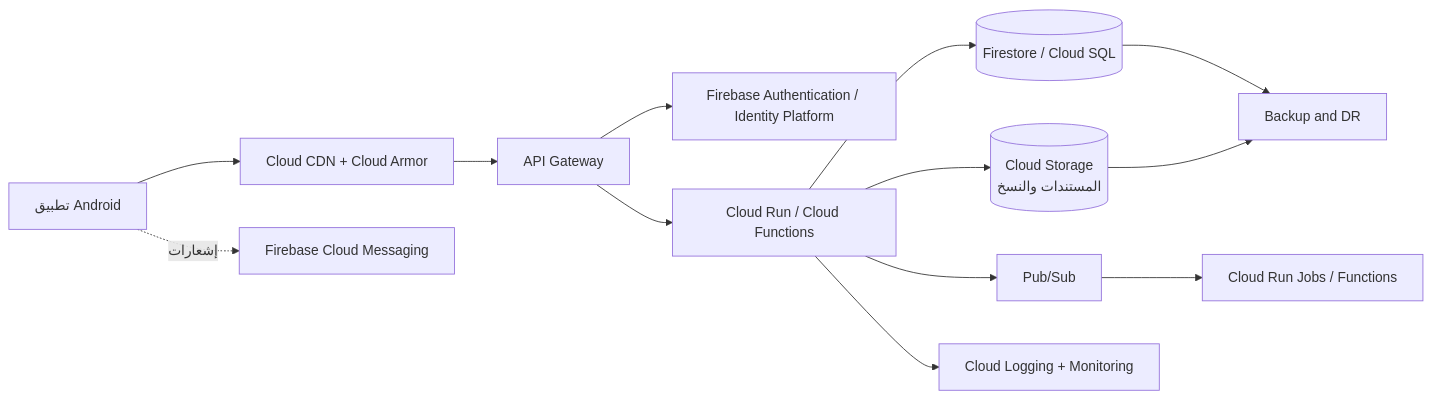
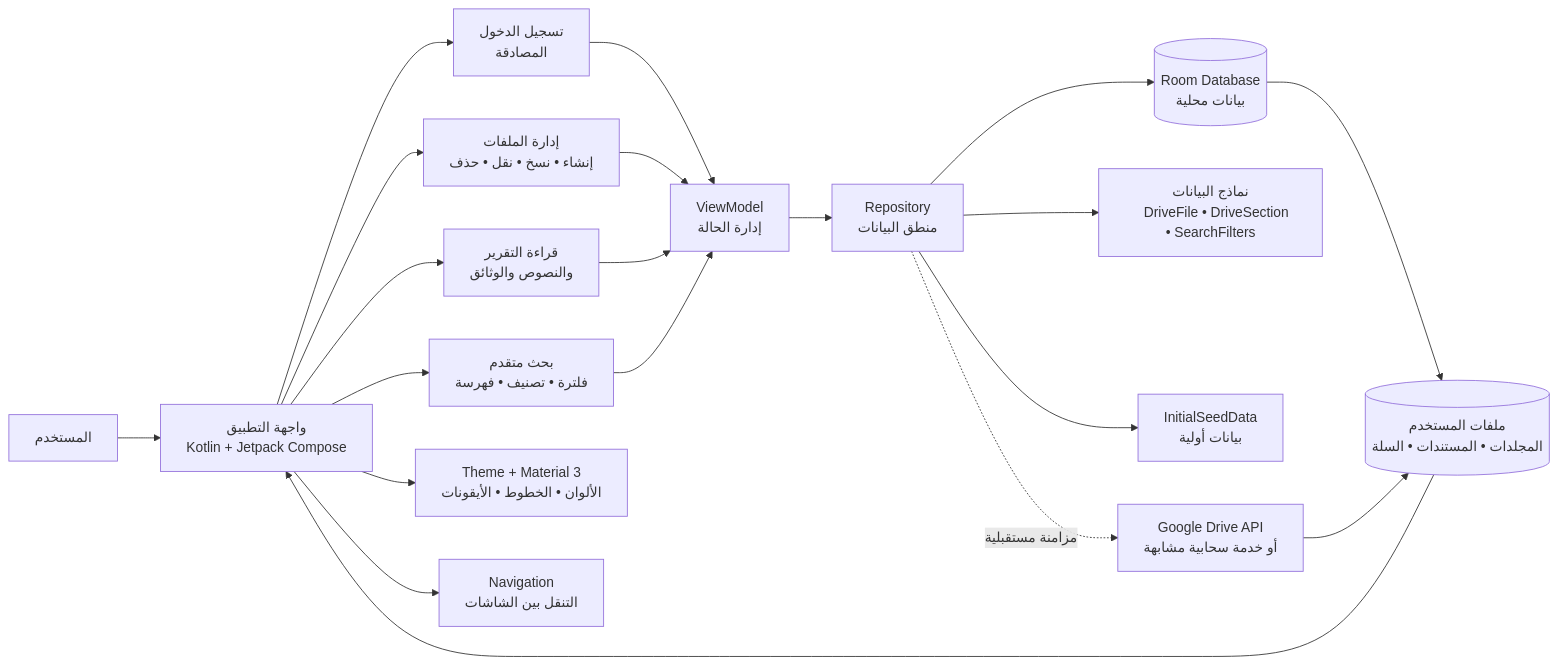
Before and after one commit to Alnizamdmh/Nizamdmh10: the diagram in docs/architecture-overview.md, drawn with Mermaid. The commit also changed other lines of this file, not shown here.

Commit message:
docs: add user-data architecture diagram focused on app interface and data flow

````diff
--- a/docs/architecture-overview.md
+++ b/docs/architecture-overview.md
@@ -77,15 +3,43 @@
 ```mermaid
 flowchart LR
-    App[تطبيق Android] --> CDN[Cloud CDN + Cloud Armor]
-    CDN --> Gateway[API Gateway]
-    Gateway --> Auth[Firebase Authentication / Identity Platform]
-    Gateway --> Compute[Cloud Run / Cloud Functions]
-    Compute --> DB[(Firestore / Cloud SQL)]
-    Compute --> Storage[(Cloud Storage<br/>المستندات والنسخ)]
-    Compute --> PubSub[Pub/Sub]
-    PubSub --> Worker[Cloud Run Jobs / Functions]
-    App -. إشعارات .-> FCM[Firebase Cloud Messaging]
-    Compute --> Observe[Cloud Logging + Monitoring]
-    DB --> Backup[Backup and DR]
-    Storage --> Backup
+    U[المستخدم] --> UI[واجهة التطبيق
+    Kotlin + Jetpack Compose]
+
+    UI --> Auth[تسجيل الدخول
+    المصادقة]
+    UI --> FileOps[إدارة الملفات
+    إنشاء • نسخ • نقل • حذف]
+    UI --> Doc[قراءة التقرير
+    والنصوص والوثائق]
+    UI --> Search[بحث متقدم
+    فلترة • تصنيف • فهرسة]
+
+    Auth --> VM[ViewModel
+    إدارة الحالة]
+    FileOps --> VM
+    Doc --> VM
+    Search --> VM
+
+    VM --> Repo[Repository
+    منطق البيانات]
+
+    Repo --> Local[(Room Database
+    بيانات محلية)]
+    Repo --> Model[نماذج البيانات
+    DriveFile • DriveSection • SearchFilters]
+    Repo --> Seed[InitialSeedData
+    بيانات أولية]
+
+    Local --> Files[(ملفات المستخدم
+    المجلدات • المستندات • السلة)]
+    Files --> UI
+
+    Repo -. مزامنة مستقبلية .-> Cloud[Google Drive API
+    أو خدمة سحابية مشابهة]
+    Cloud --> Files
+
+    UI --> Theme[Theme + Material 3
+    الألوان • الخطوط • الأيقونات]
+    UI --> Nav[Navigation
+    التنقل بين الشاشات]
 ```
````
